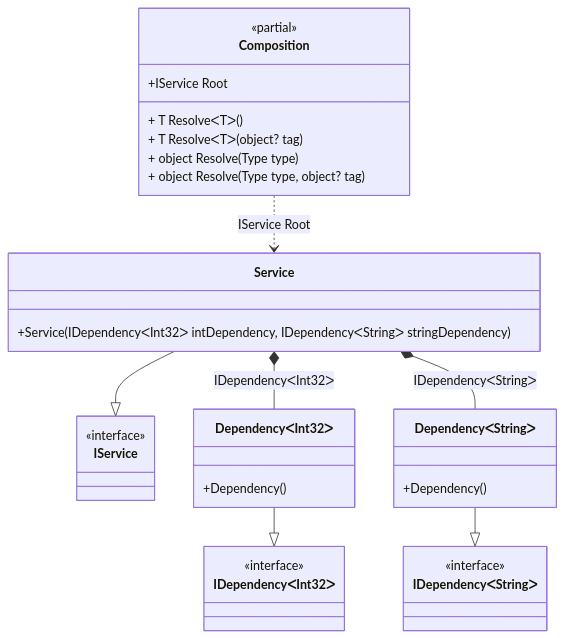
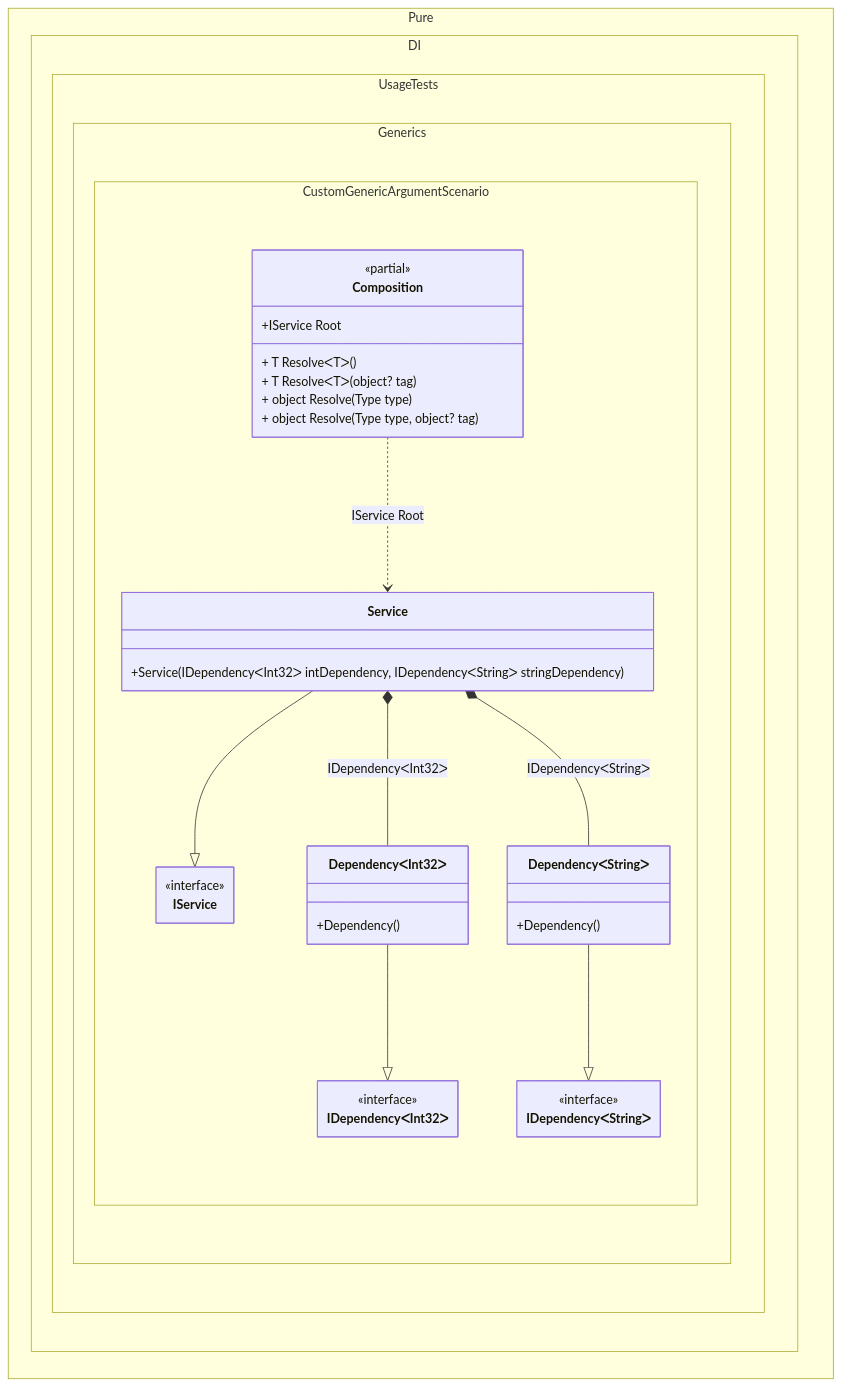
Before and after one commit to DevTeam/Pure.DI: the diagram in readme/custom-generic-argument.md, drawn with Mermaid. The commit also changed 103 other files, not shown here.

Commit message:
Improved class diagrams

````diff
--- a/readme/custom-generic-argument.md
+++ b/readme/custom-generic-argument.md
@@ -190,35 +190,42 @@
 ```mermaid
+---
+ config:
+  class:
+   hideEmptyMembersBox: true
+---
 classDiagram
-	class Composition {
+	Service --|> IService
+	DependencyᐸInt32ᐳ --|> IDependencyᐸInt32ᐳ
+	DependencyᐸStringᐳ --|> IDependencyᐸStringᐳ
+	Composition ..> Service : IService Root
+	Service *--  DependencyᐸInt32ᐳ : IDependencyᐸInt32ᐳ
+	Service *--  DependencyᐸStringᐳ : IDependencyᐸStringᐳ
+	namespace Pure.DI.UsageTests.Generics.CustomGenericArgumentScenario {
+		class Composition {
 		<<partial>>
 		+IService Root
 		+ T ResolveᐸTᐳ()
 		+ T ResolveᐸTᐳ(object? tag)
 		+ object Resolve(Type type)
 		+ object Resolve(Type type, object? tag)
+		}
+		class DependencyᐸInt32ᐳ {
+			+Dependency()
+		}
+		class DependencyᐸStringᐳ {
+			+Dependency()
+		}
+		class IDependencyᐸInt32ᐳ {
+			<<interface>>
+		}
+		class IDependencyᐸStringᐳ {
+			<<interface>>
+		}
+		class IService {
+			<<interface>>
+		}
+		class Service {
+			+Service(IDependencyᐸInt32ᐳ intDependency, IDependencyᐸStringᐳ stringDependency)
+		}
 	}
-	Service --|> IService
-	class Service {
-		+Service(IDependencyᐸInt32ᐳ intDependency, IDependencyᐸStringᐳ stringDependency)
-	}
-	DependencyᐸInt32ᐳ --|> IDependencyᐸInt32ᐳ
-	class DependencyᐸInt32ᐳ {
-		+Dependency()
-	}
-	DependencyᐸStringᐳ --|> IDependencyᐸStringᐳ
-	class DependencyᐸStringᐳ {
-		+Dependency()
-	}
-	class IService {
-		<<interface>>
-	}
-	class IDependencyᐸInt32ᐳ {
-		<<interface>>
-	}
-	class IDependencyᐸStringᐳ {
-		<<interface>>
-	}
-	Composition ..> Service : IService Root
-	Service *--  DependencyᐸInt32ᐳ : IDependencyᐸInt32ᐳ
-	Service *--  DependencyᐸStringᐳ : IDependencyᐸStringᐳ
 ```
````
